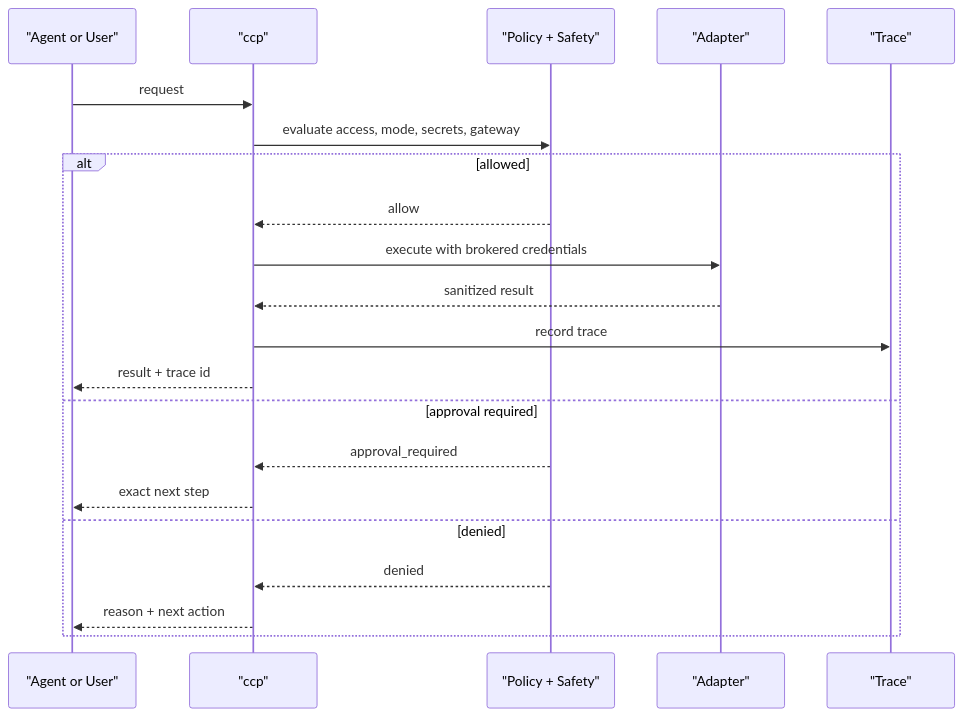
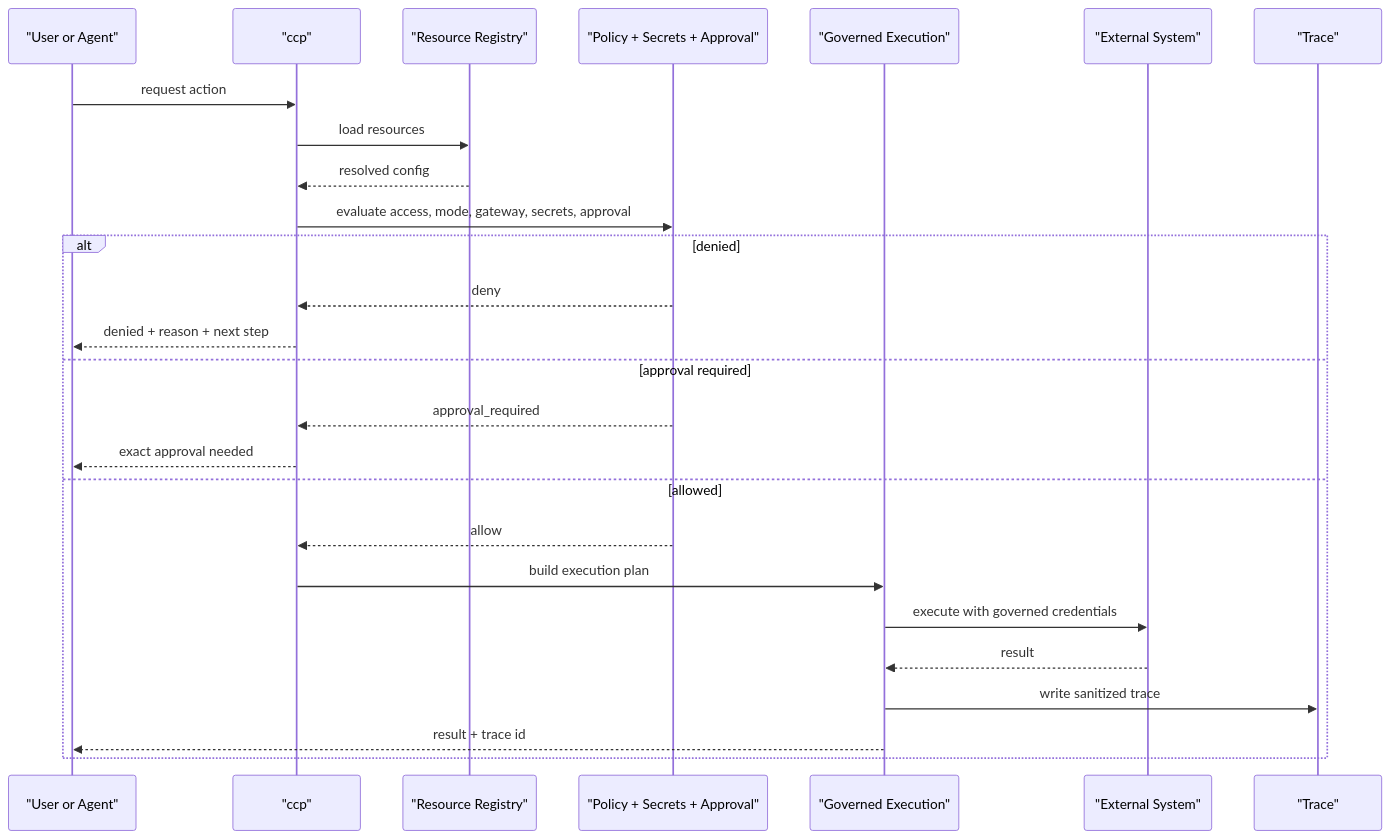
One commit to vishnunarayanvenugopal/context-control-plane changed the second of 3 diagrams in README.md. Above: the diagram before and after it, drawn with Mermaid. The commit also changed other lines of this file, not shown here.

Commit message:
Improve README positioning and diagrams

````diff
--- a/README.md
+++ b/README.md
@@ -94,25 +100,30 @@
 ```mermaid
 sequenceDiagram
-  participant A as "Agent or User"
+  participant U as "User or Agent"
   participant CCP as "ccp"
-  participant P as "Policy + Safety"
-  participant X as "Adapter"
-  participant T as "Trace"
+  participant REG as "Resource Registry"
+  participant POL as "Policy + Secrets + Approval"
+  participant RUN as "Governed Execution"
+  participant SYS as "External System"
+  participant TR as "Trace"
 
-  A->>CCP: request
-  CCP->>P: evaluate access, mode, secrets, gateway
+  U->>CCP: request action
+  CCP->>REG: load resources
+  REG-->>CCP: resolved config
+  CCP->>POL: evaluate access, mode, gateway, secrets, approval
 
-  alt allowed
-    P-->>CCP: allow
-    CCP->>X: execute with brokered credentials
-    X-->>CCP: sanitized result
-    CCP->>T: record trace
-    CCP-->>A: result + trace id
+  alt denied
+    POL-->>CCP: deny
+    CCP-->>U: denied + reason + next step
   else approval required
-    P-->>CCP: approval_required
-    CCP-->>A: exact next step
-  else denied
-    P-->>CCP: denied
-    CCP-->>A: reason + next action
+    POL-->>CCP: approval_required
+    CCP-->>U: exact approval needed
+  else allowed
+    POL-->>CCP: allow
+    CCP->>RUN: build execution plan
+    RUN->>SYS: execute with governed credentials
+    SYS-->>RUN: result
+    RUN->>TR: write sanitized trace
+    RUN-->>U: result + trace id
   end
 ```
````
